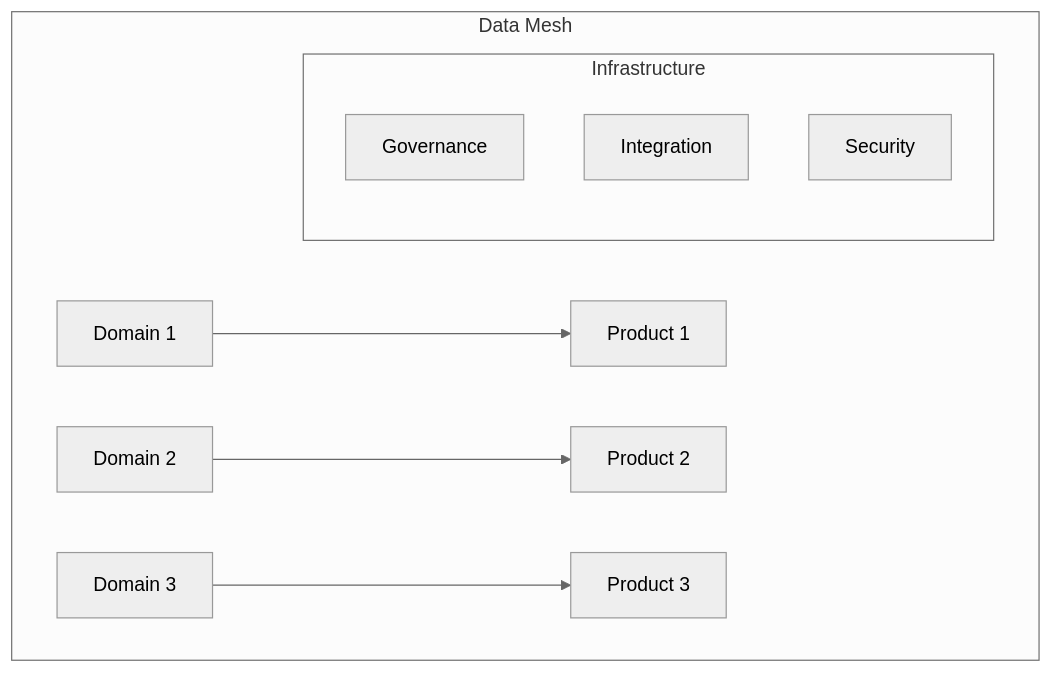
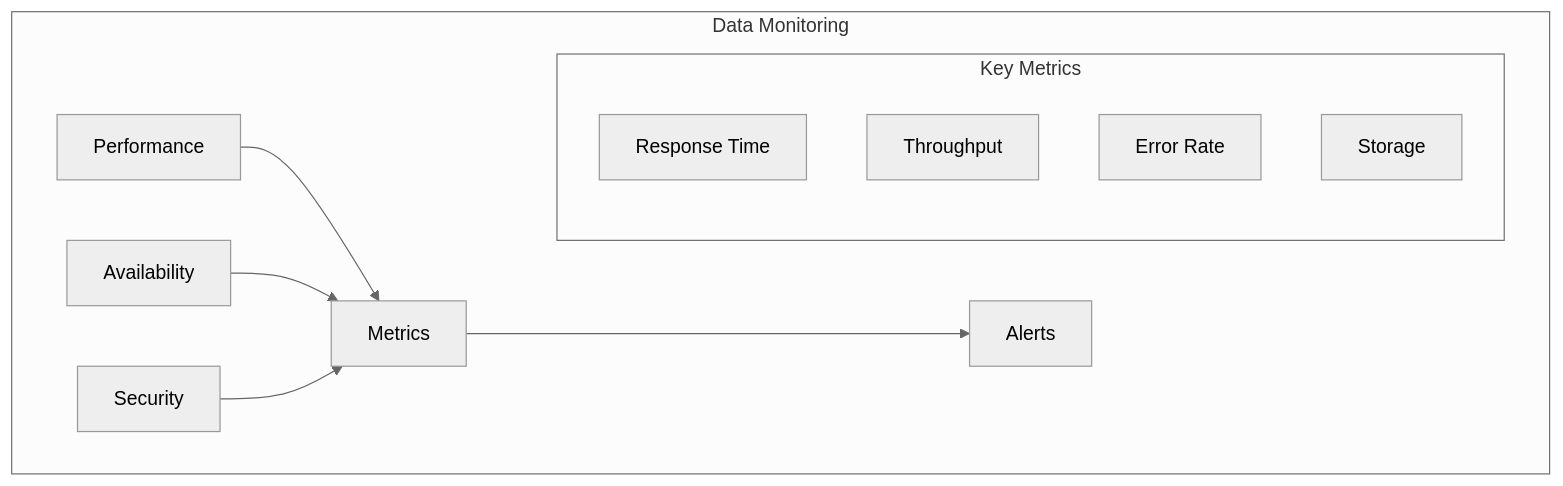
Before and after one commit to saravanakumarrc/Architecture_Journey: the fourth of 4 diagrams in src/Data_Architecture_Patterns.md, drawn with Mermaid (neutral theme). The commit also changed other lines of this file and 4 other files, not shown here.

Commit message:
Enhance documentation for Data Management, Data Protection Strategies, API Gateway Patterns, and Code Quality Metrics; add comprehensive overviews, implementation patterns, and best practices for improved clarity and guidance.

````diff
--- a/src/Data_Architecture_Patterns.md
+++ b/src/Data_Architecture_Patterns.md
@@ -167,14 +228,16 @@
 ```mermaid
 graph TB
-    subgraph "Data Mesh"
-        D1[Domain 1] --> P1[Product 1]
-        D2[Domain 2] --> P2[Product 2]
-        D3[Domain 3] --> P3[Product 3]
+    subgraph "Data Monitoring"
+        P[Performance] --> M[Metrics]
+        A[Availability] --> M
+        S[Security] --> M
+        M --> AL[Alerts]
         
-        subgraph "Infrastructure"
-            G[Governance]
-            I[Integration]
-            S[Security]
+        subgraph "Key Metrics"
+            RT[Response Time]
+            TH[Throughput]
+            ER[Error Rate]
+            ST[Storage]
         end
     end
 ```
````
